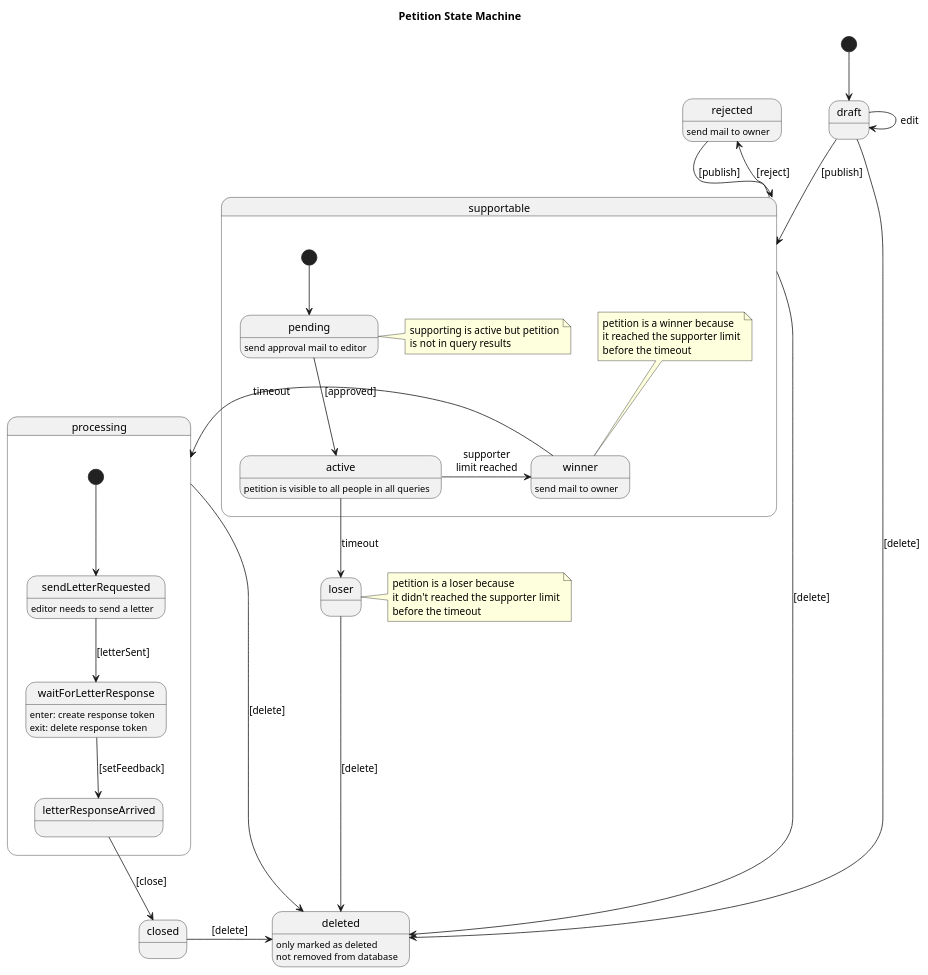
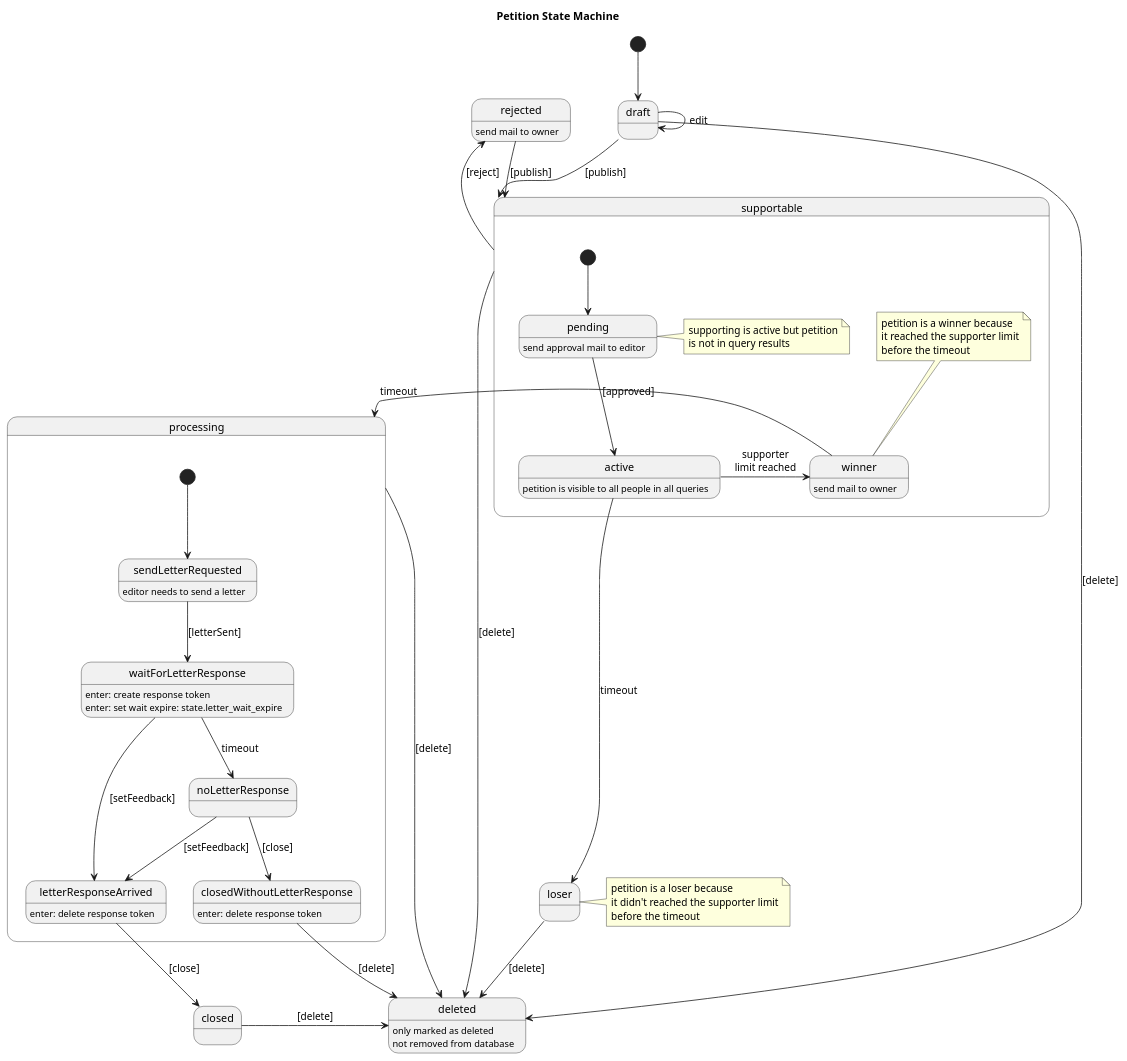
The diagram in docs/petition-management.rst (iris-dni/iris-service), drawn with PlantUML before and after one commit. The commit also changed 16 other files, not shown here.

Commit message:
extended petition statemachine with noLetterResponse flow

```diff
--- a/docs/petition-management.rst
+++ b/docs/petition-management.rst
@@ -24,58 +24,66 @@
 .. uml::
 
     @startuml
 
     Title "Petition State Machine"
 
     [*] --> draft
     draft --> draft : edit
     draft --> supportable : [publish]
 
     supportable -up-> rejected : [reject]
     supportable -> deleted : [delete]
 
     rejected --> supportable : [publish]
     rejected : send mail to owner
 
     draft --> deleted : [delete]
     loser --> deleted : [delete]
     closed -> deleted : [delete]
     processing -> deleted : [delete]
 
     state deleted {
     }
     deleted : only marked as deleted
     deleted : not removed from database
 
     state loser {
     }
     note right of loser : petition is a loser because\nit didn't reached the supporter limit\nbefore the timeout
 
     state supportable {
       [*] --> pending
       pending : send approval mail to editor
       note right of pending : supporting is active but petition\nis not in query results
       pending --> active : [approved]
       active : petition is visible to all people in all queries
       active --> loser : timeout
       active -right-> winner : supporter\nlimit reached
       
       winner : send mail to owner
       note top of winner : petition is a winner because\nit reached the supporter limit\nbefore the timeout
 
       winner -> processing : timeout
     }
 
     state processing {
         [*] --> sendLetterRequested
         sendLetterRequested : editor needs to send a letter
         sendLetterRequested --> waitForLetterResponse : [letterSent]
         waitForLetterResponse : enter: create response token
-        waitForLetterResponse : exit: delete response token
+        waitForLetterResponse : enter: set wait expire: state.letter_wait_expire
         waitForLetterResponse --> letterResponseArrived : [setFeedback]
+        waitForLetterResponse --> noLetterResponse : timeout
+        noLetterResponse --> letterResponseArrived : [setFeedback]
+        noLetterResponse --> closedWithoutLetterResponse : [close]
         letterResponseArrived --> closed : [close]
+        letterResponseArrived : enter: delete response token
     }
 
+    closedWithoutLetterResponse : enter: delete response token
+    closedWithoutLetterResponse -> deleted : [delete]
+    state closedWithoutLetterResponse {
+    }
     state closed {
     }
     @enduml
```
